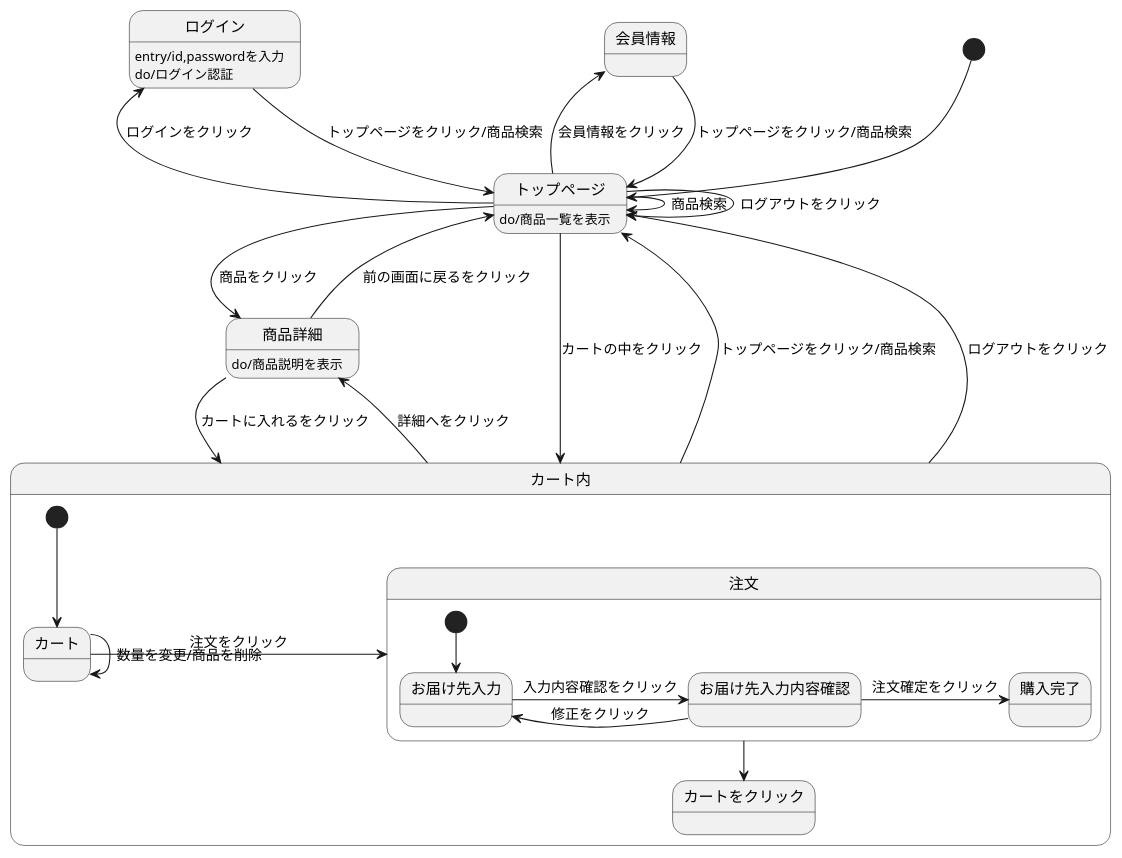
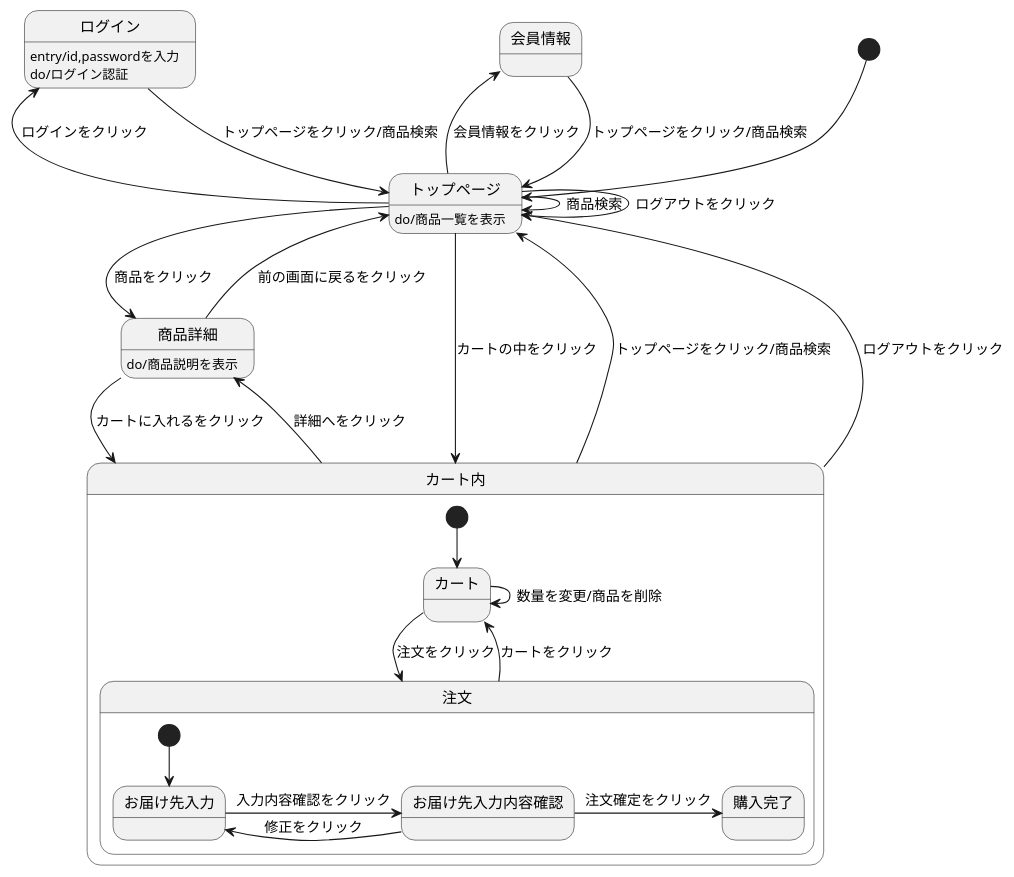
One commit to Aso2001384/2021sys-design changed the diagram in stm2.md. Above: the diagram before and after it, drawn with PlantUML.

````diff
--- a/stm2.md
+++ b/stm2.md
@@ -1,35 +1,35 @@
 ```uml
 @startuml
 [*] --> トップページ
 会員情報 --> トップページ : トップページをクリック/商品検索
 ログイン --> トップページ : トップページをクリック/商品検索
 ログイン : entry/id,passwordを入力
 ログイン : do/ログイン認証
 トップページ --> トップページ : ログアウトをクリック
 トップページ -> トップページ : 商品検索
 トップページ -> 商品詳細 : 商品をクリック
 トップページ -left-> 会員情報 : 会員情報をクリック
 トップページ -left-> ログイン : ログインをクリック
 トップページ --> カート内 : カートの中をクリック
 トップページ : do/商品一覧を表示
 商品詳細 --> カート内 : カートに入れるをクリック
 商品詳細 --> トップページ : 前の画面に戻るをクリック
 商品詳細 : do/商品説明を表示
 カート内 -up-> トップページ : トップページをクリック/商品検索
 カート内 -up-> トップページ : ログアウトをクリック
 カート内 -> 商品詳細 : 詳細へをクリック
 
 state カート内 {
 [*] --> カート
 カート -> 注文 : 注文をクリック
 カート -> カート : 数量を変更/商品を削除
-注文 --> カートをクリック
+注文 --> カート : カートをクリック
 state 注文 {
 [*] --> お届け先入力
 お届け先入力 -> お届け先入力内容確認 : 入力内容確認をクリック
 お届け先入力内容確認 -> お届け先入力 : 修正をクリック
 お届け先入力内容確認 -> 購入完了 : 注文確定をクリック
  }
 }
 @enduml
 ```
````
